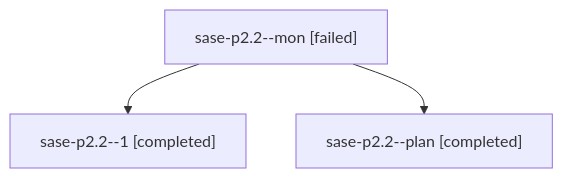
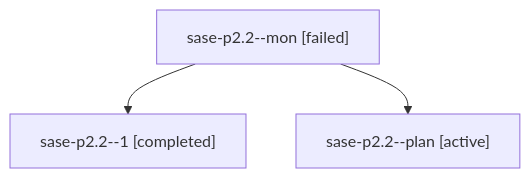
Before and after one commit to sase-org/sase--agents: the diagram in families/bbugyi200.athena.sase-p2.2.md, drawn with Mermaid. The commit also changed other lines of this file and 35830 other files, not shown here.

````diff
--- a/families/bbugyi200.athena.sase-p2.2.md
+++ b/families/bbugyi200.athena.sase-p2.2.md
@@ -9,8 +9,8 @@
 ```mermaid
 flowchart TD
   n0["sase-p2.2--mon [failed]"]
   n1["sase-p2.2--1 [completed]"]
   n0 --> n1
-  n2["sase-p2.2--plan [completed]"]
+  n2["sase-p2.2--plan [active]"]
   n0 --> n2
 ```
````
